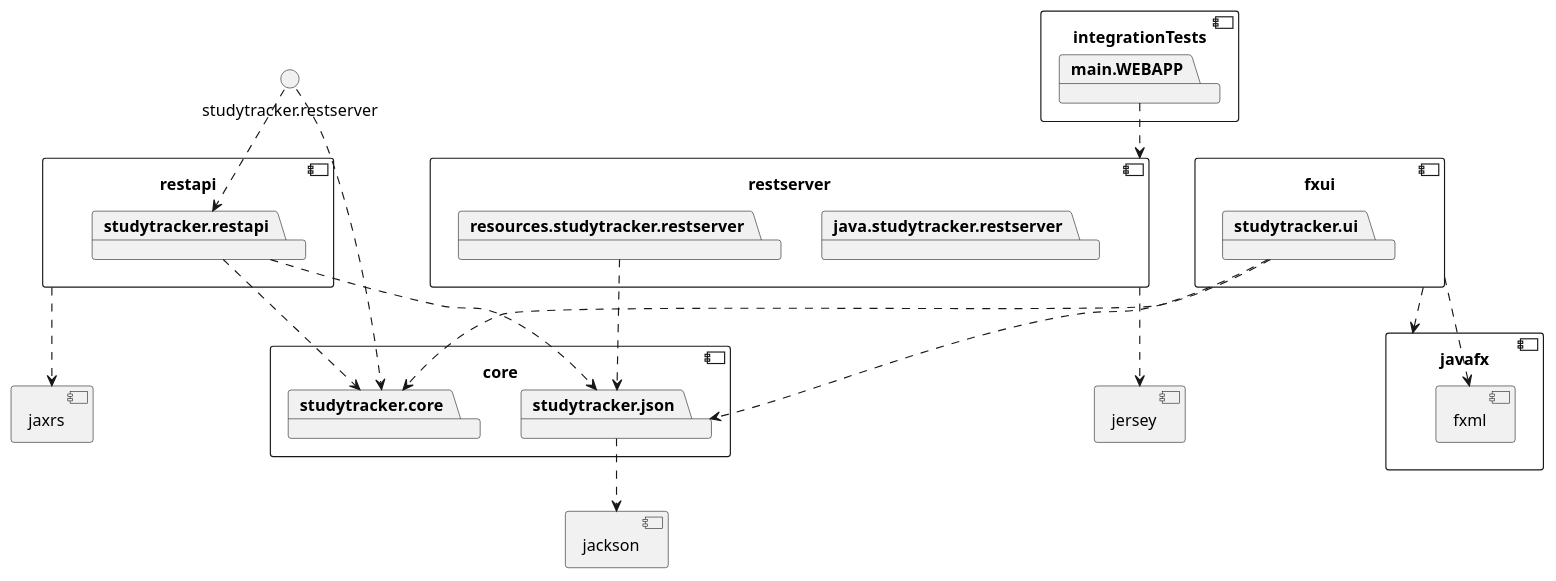
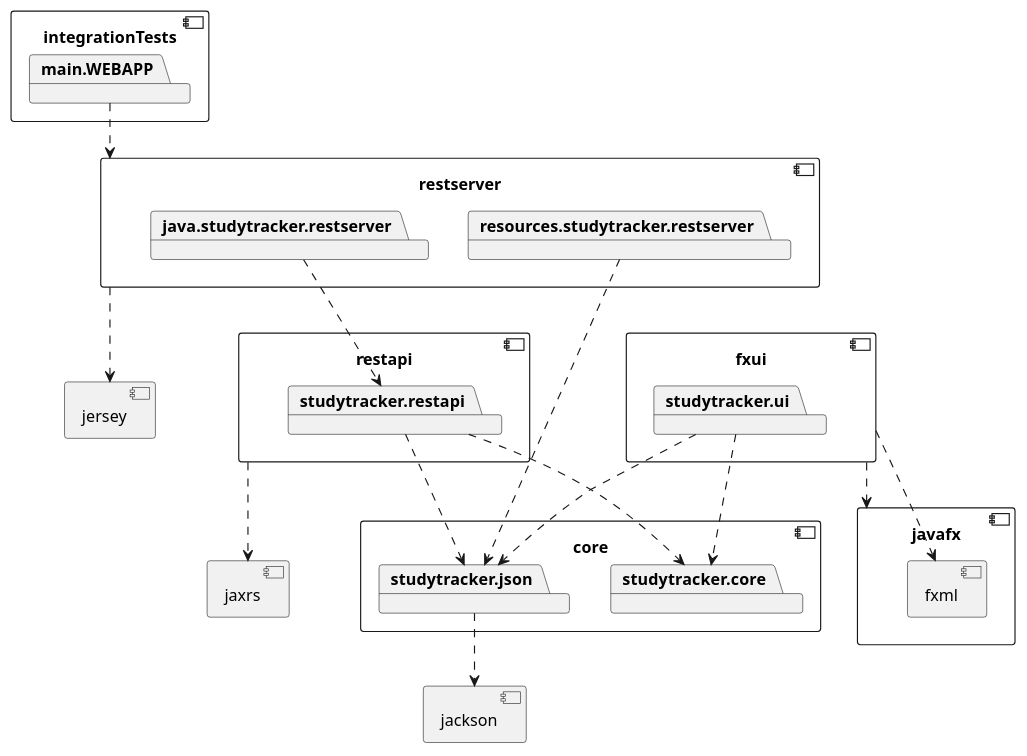
The fourth of 4 diagrams in IT1901/README.md (bmksimons/studytracker), drawn with PlantUML before and after one commit.

````diff
--- a/IT1901/README.md
+++ b/IT1901/README.md
@@ -173,64 +173,63 @@
 ```plantuml
 @startuml
 
 component restserver {
 }
 
 component core {
 	package studytracker.core
 	package studytracker.json
 }
 component jackson {
 }
 
 studytracker.json ..> jackson
 
 
 component fxui {
 	package studytracker.ui
 }
 
 component javafx {
 	component fxml {
 	}
 }
 
 fxui ..> javafx
 fxui ..> fxml
 
 studytracker.ui ..> studytracker.core
 studytracker.ui ..> studytracker.json
 
 component restapi {
 	package studytracker.restapi
 }
 
 component jaxrs {
 }
 
 restapi ..> jaxrs
 
 studytracker.restapi ..> studytracker.core
 studytracker.restapi ..> studytracker.json
 
 component restserver {
 	package java.studytracker.restserver
 	package resources.studytracker.restserver
 }
-studytracker.restserver ..> studytracker.restapi
-studytracker.restserver ..> studytracker.core
+java.studytracker.restserver ..> studytracker.restapi
 
 component jersey {
 }
 
 restserver ..> jersey
 
 component integrationTests {
     package main.WEBAPP
 }
 
 main.WEBAPP ..> restserver
 resources.studytracker.restserver ..> studytracker.json
 
 @enduml
 ```
````
